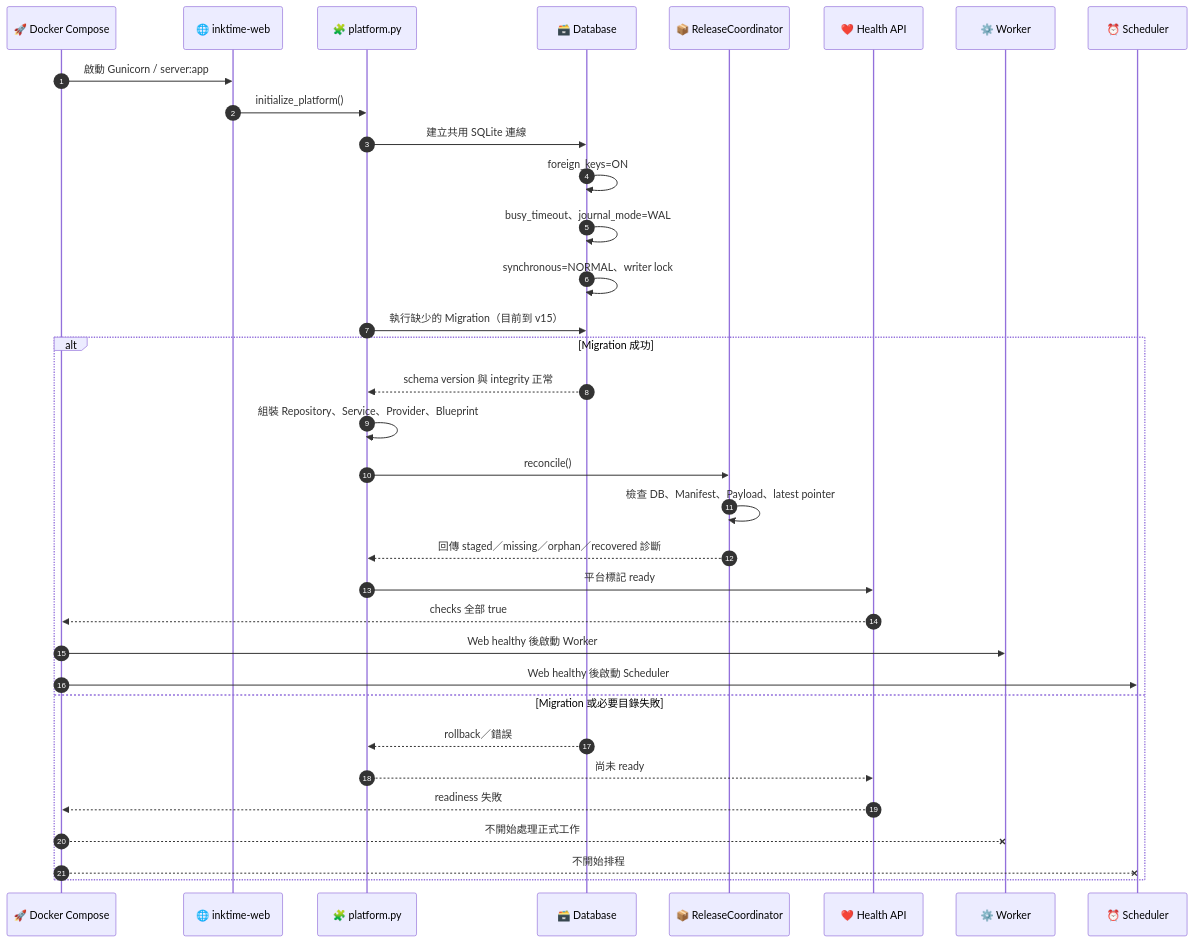
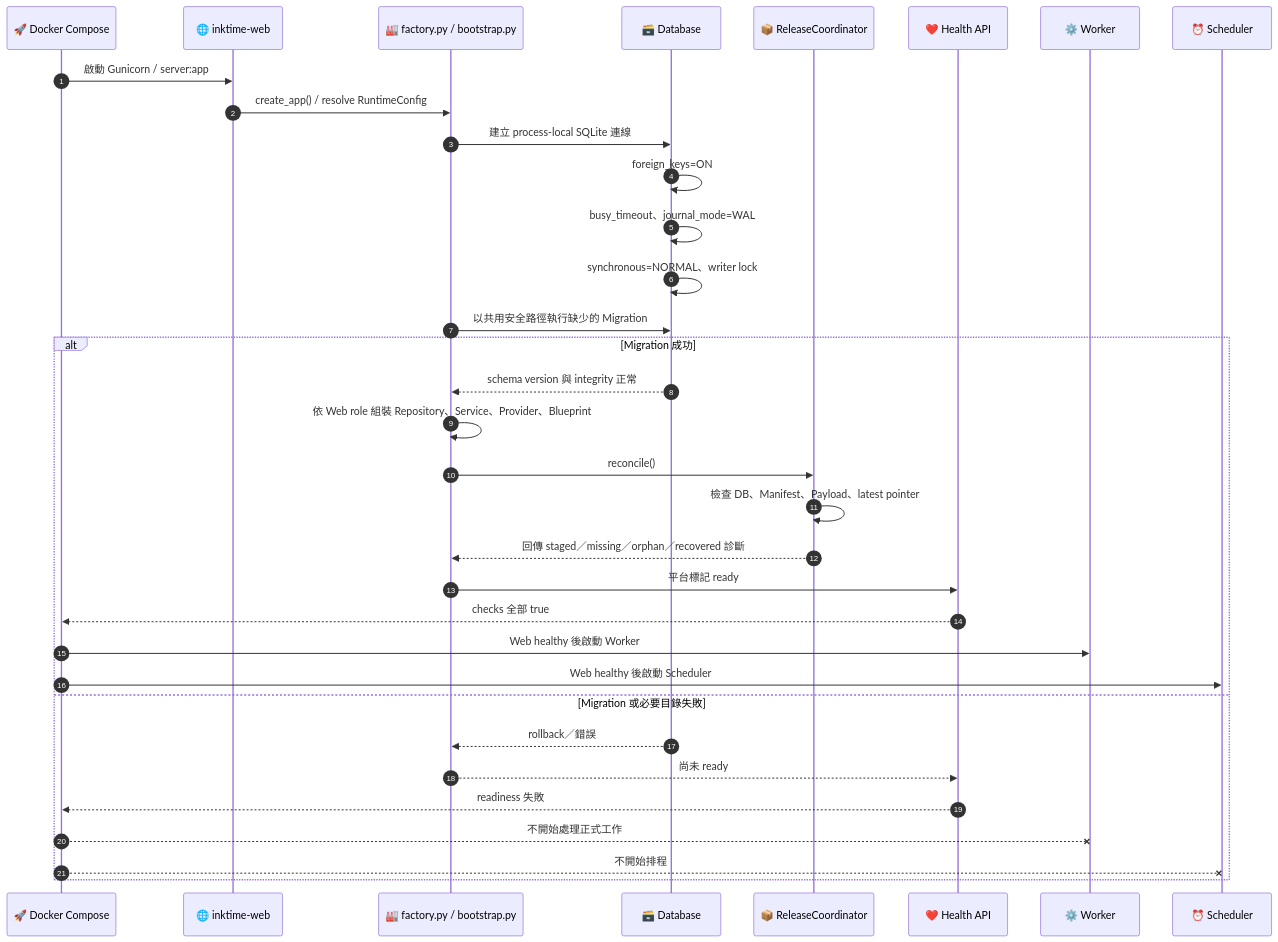
Before and after one commit to steven87090799/InkTime: the third of 15 diagrams in README.md, drawn with Mermaid. The commit also changed other lines of this file and 4 other files, not shown here.

````diff
--- a/README.md
+++ b/README.md
@@ -136,37 +136,37 @@
 ```mermaid
 sequenceDiagram
     autonumber
     participant C as 🚀 Docker Compose
     participant W as 🌐 inktime-web
-    participant P as 🧩 platform.py
+    participant F as 🏭 factory.py / bootstrap.py
     participant D as 🗃️ Database
     participant R as 📦 ReleaseCoordinator
     participant H as ❤️ Health API
     participant B as ⚙️ Worker
     participant S as ⏰ Scheduler
 
     C->>W: 啟動 Gunicorn / server:app
-    W->>P: initialize_platform()
-    P->>D: 建立共用 SQLite 連線
+    W->>F: create_app() / resolve RuntimeConfig
+    F->>D: 建立 process-local SQLite 連線
     D->>D: foreign_keys=ON
     D->>D: busy_timeout、journal_mode=WAL
     D->>D: synchronous=NORMAL、writer lock
-    P->>D: 執行缺少的 Migration（目前到 v15）
+    F->>D: 以共用安全路徑執行缺少的 Migration
     alt Migration 成功
-        D-->>P: schema version 與 integrity 正常
-        P->>P: 組裝 Repository、Service、Provider、Blueprint
-        P->>R: reconcile()
+        D-->>F: schema version 與 integrity 正常
+        F->>F: 依 Web role 組裝 Repository、Service、Provider、Blueprint
+        F->>R: reconcile()
         R->>R: 檢查 DB、Manifest、Payload、latest pointer
-        R-->>P: 回傳 staged／missing／orphan／recovered 診斷
-        P->>H: 平台標記 ready
+        R-->>F: 回傳 staged／missing／orphan／recovered 診斷
+        F->>H: 平台標記 ready
         H-->>C: checks 全部 true
         C->>B: Web healthy 後啟動 Worker
         C->>S: Web healthy 後啟動 Scheduler
     else Migration 或必要目錄失敗
-        D-->>P: rollback／錯誤
-        P-->>H: 尚未 ready
+        D-->>F: rollback／錯誤
+        F-->>H: 尚未 ready
         H-->>C: readiness 失敗
         C--xB: 不開始處理正式工作
         C--xS: 不開始排程
     end
 ```
````
